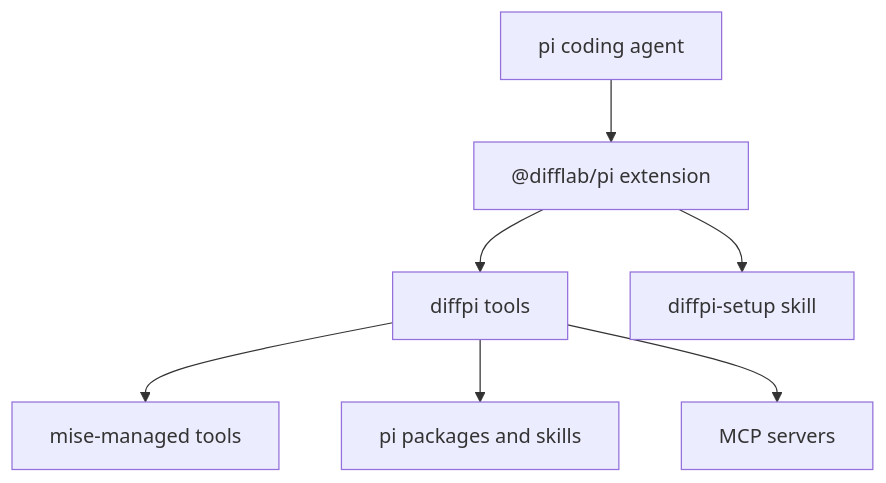
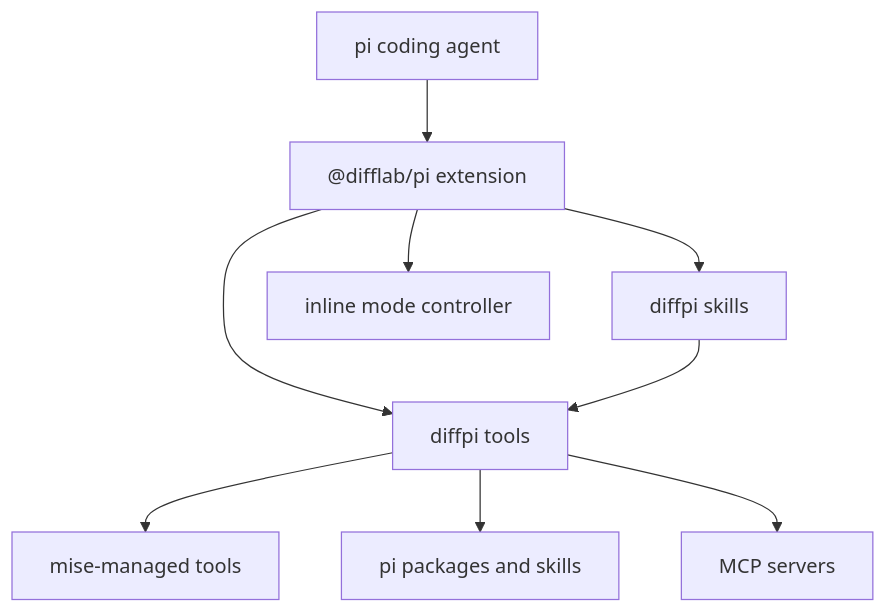
The diagram in docs/architecture/index.md (difflab-io/diffpi), drawn with Mermaid before and after one commit. The commit also changed other lines of this file and 28 other files, not shown here.

First line of the commit message:
feat(modes): add shared agents and inline modes

````diff
--- a/docs/architecture/index.md
+++ b/docs/architecture/index.md
@@ -29,9 +28,11 @@
 ```mermaid
 graph TD
     Pi["pi coding agent"] --> Extension["@difflab/pi extension"]
     Extension --> Tools["diffpi tools"]
-    Extension --> Skill["diffpi-setup skill"]
+    Extension --> Skills["diffpi skills"]
+    Extension --> Modes["inline mode controller"]
+    Skills --> Tools
     Tools --> Mise["mise-managed tools"]
     Tools --> Packages["pi packages and skills"]
     Tools --> MCP["MCP servers"]
 ```
````
